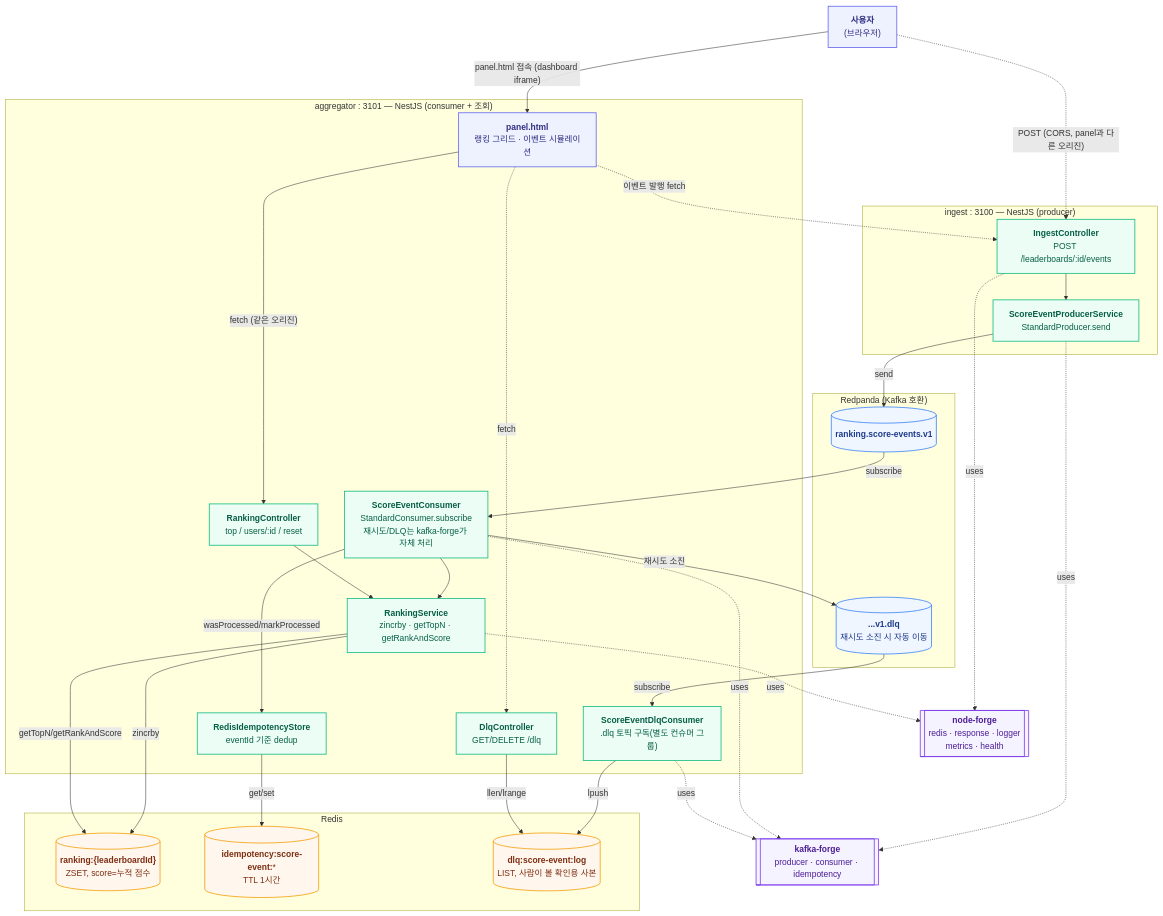
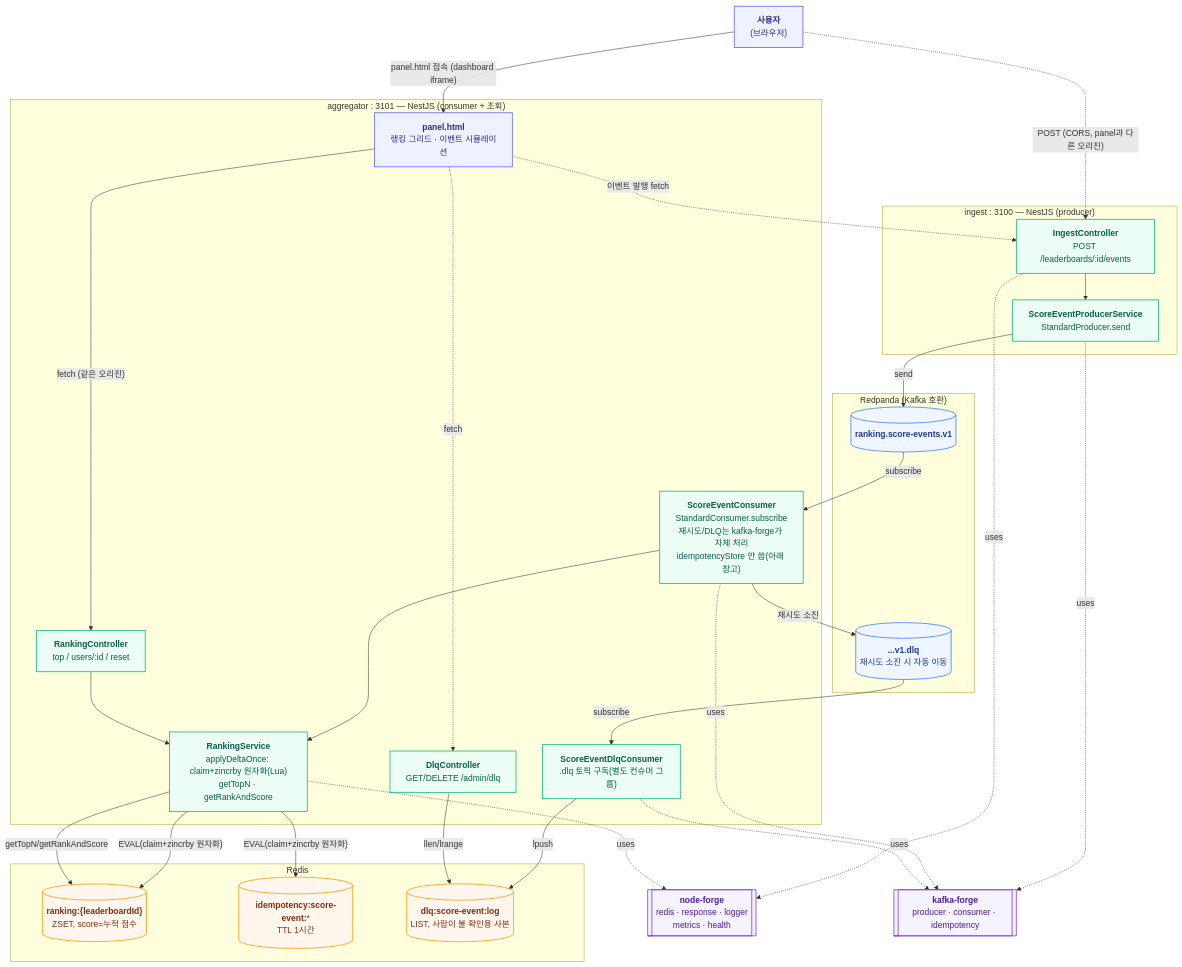
One commit to paikpaik/forgeLab changed the diagram in services/live-ranking/ARCHITECTURE.md. Above: the diagram before and after it, drawn with Mermaid. The commit also changed other lines of this file and 18 other files, not shown here.

```diff
--- a/services/live-ranking/ARCHITECTURE.md
+++ b/services/live-ranking/ARCHITECTURE.md
@@ -28,17 +28,17 @@
         랭킹 그리드 · 이벤트 시뮬레이션`"]
         CONS["`**ScoreEventConsumer**
         StandardConsumer.subscribe
-        재시도/DLQ는 kafka-forge가 자체 처리`"]
-        IDEM["`**RedisIdempotencyStore**
-        eventId 기준 dedup`"]
+        재시도/DLQ는 kafka-forge가 자체 처리
+        idempotencyStore 안 씀(아래 참고)`"]
         RAPI["`**RankingController**
         top / users/:id / reset`"]
         RSVC["`**RankingService**
-        zincrby · getTopN · getRankAndScore`"]
+        applyDeltaOnce: claim+zincrby 원자화(Lua)
+        getTopN · getRankAndScore`"]
         DLQCONS["`**ScoreEventDlqConsumer**
         .dlq 토픽 구독(별도 컨슈머 그룹)`"]
         DLQAPI["`**DlqController**
-        GET/DELETE /dlq`"]
+        GET/DELETE /admin/dlq`"]
     end
 
     subgraph KAFKA["Redpanda (Kafka 호환)"]
@@ -70,11 +70,10 @@
     IAPI --> PROD
     PROD -->|send| TOPIC
     TOPIC -->|subscribe| CONS
-    CONS -->|"wasProcessed/markProcessed"| IDEM
-    IDEM -->|"get/set"| IDEMKEY
     CONS -->|"재시도 소진"| DLQ
     CONS --> RSVC
-    RSVC -->|"zincrby"| ZSET
+    RSVC -->|"EVAL(claim+zincrby 원자화)"| ZSET
+    RSVC -->|"EVAL(claim+zincrby 원자화)"| IDEMKEY
     RAPI --> RSVC
     RSVC -->|"getTopN/getRankAndScore"| ZSET
     DLQ -->|subscribe| DLQCONS
@@ -95,7 +94,7 @@
     classDef forgeNode fill:#f5f3ff,stroke:#7c3aed,stroke-width:1.5px,color:#4c1d95
 
     class U,PANEL entryNode
-    class IAPI,PROD,CONS,IDEM,RAPI,RSVC,DLQCONS,DLQAPI logicNode
+    class IAPI,PROD,CONS,RAPI,RSVC,DLQCONS,DLQAPI logicNode
     class ZSET,IDEMKEY,DLQLOG redisNode
     class TOPIC,DLQ kafkaNode
     class NF,KF forgeNode
```
